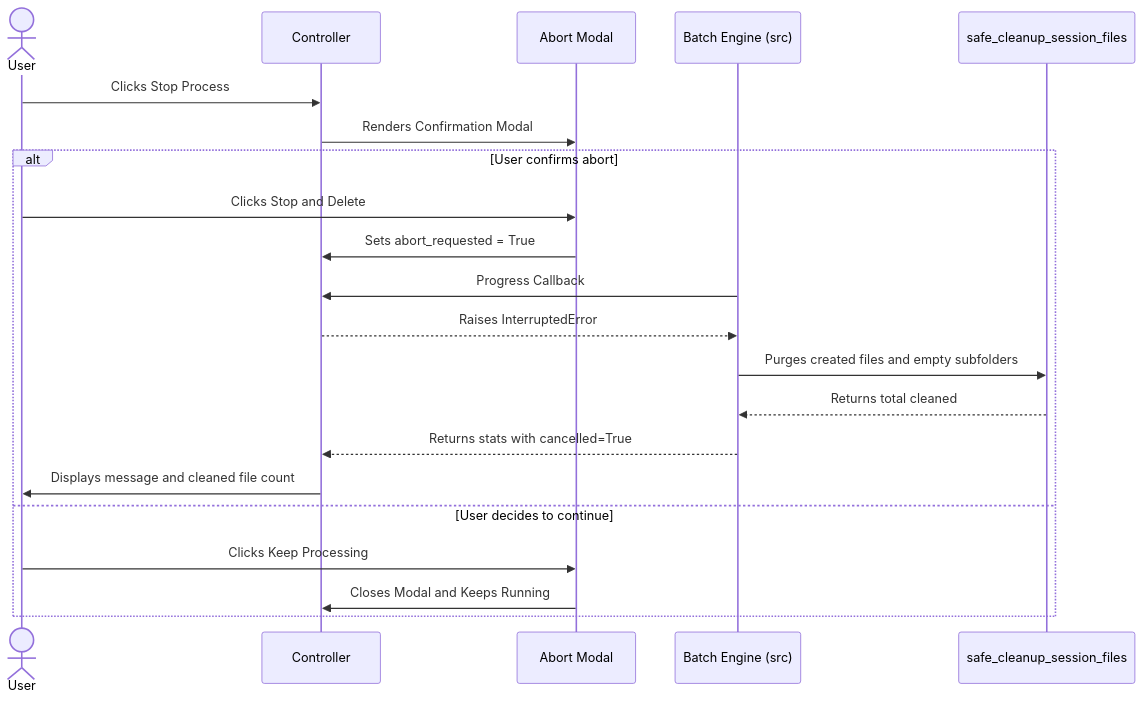
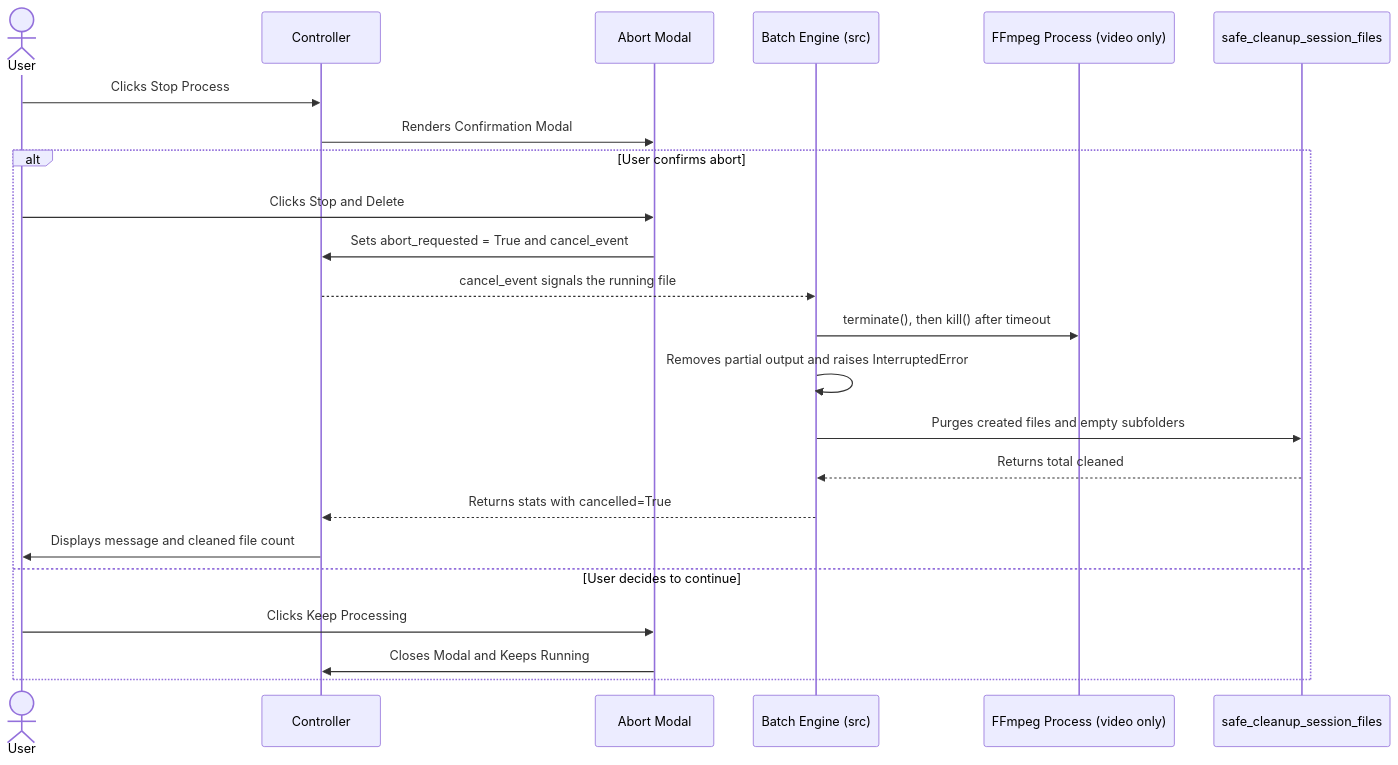
One commit to brunothinker/FallByte changed the second of 4 diagrams in ARCHITECTURE.md. Above: the diagram before and after it, drawn with Mermaid. The commit also changed other lines of this file and 8 other files, not shown here.

First line of the commit message:
fix(video): terminate running FFmpeg process when stop is clicked

````diff
--- a/ARCHITECTURE.md
+++ b/ARCHITECTURE.md
@@ -146,26 +146,28 @@
 ```mermaid
 sequenceDiagram
 
 actor User as User
 participant Controller as Controller
 participant Dialog as Abort Modal
 participant Engine as Batch Engine (src)
+participant FFmpeg as FFmpeg Process (video only)
 participant Cleanup as safe_cleanup_session_files
 
 User->>Controller: Clicks Stop Process
 Controller->>Dialog: Renders Confirmation Modal
 
 alt User confirms abort
     User->>Dialog: Clicks Stop and Delete
-    Dialog->>Controller: Sets abort_requested = True
-    Engine->>Controller: Progress Callback
-    Controller-->>Engine: Raises InterruptedError
+    Dialog->>Controller: Sets abort_requested = True and cancel_event
+    Controller-->>Engine: cancel_event signals the running file
+    Engine->>FFmpeg: terminate(), then kill() after timeout
+    Engine->>Engine: Removes partial output and raises InterruptedError
     Engine->>Cleanup: Purges created files and empty subfolders
     Cleanup-->>Engine: Returns total cleaned
     Engine-->>Controller: Returns stats with cancelled=True
     Controller->>User: Displays message and cleaned file count
 else User decides to continue
     User->>Dialog: Clicks Keep Processing
     Dialog->>Controller: Closes Modal and Keeps Running
 end
 ```
````
